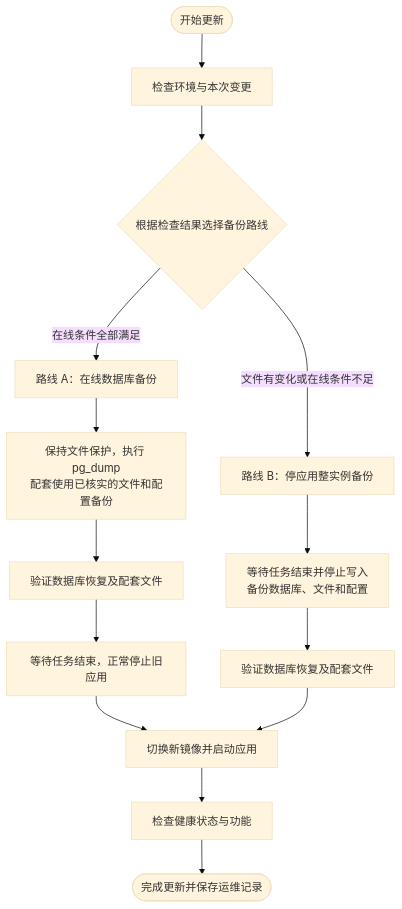
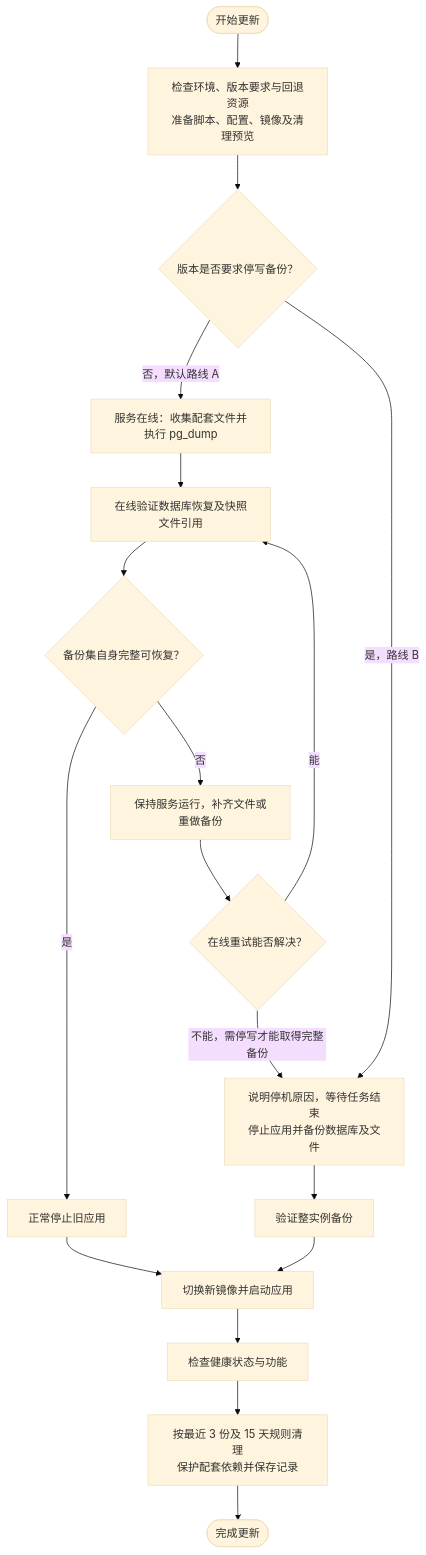
The diagram in doc/运维操作手册.md (shigella520/BubblePilot), drawn with Mermaid (base theme) before and after one commit. The commit also changed other lines of this file and 20 other files, not shown here.

````diff
--- a/doc/运维操作手册.md
+++ b/doc/运维操作手册.md
@@ -69,16 +72,20 @@
 ```mermaid
 flowchart TD
-    START([开始更新]) --> CHECK[检查环境与本次变更]
-    CHECK --> DECIDE{根据检查结果选择备份路线}
-    DECIDE -->|在线条件全部满足| A[路线 A：在线数据库备份]
-    DECIDE -->|文件有变化或在线条件不足| B[路线 B：停应用整实例备份]
-    A --> A_BACKUP[保持文件保护，执行 pg_dump<br/>配套使用已核实的文件和配置备份]
-    B --> B_BACKUP[等待任务结束并停止写入<br/>备份数据库、文件和配置]
-    A_BACKUP --> A_VERIFY[验证数据库恢复及配套文件]
-    B_BACKUP --> B_VERIFY[验证数据库恢复及配套文件]
-    A_VERIFY --> STOP[等待任务结束，正常停止旧应用]
-    STOP --> UPDATE[切换新镜像并启动应用]
-    B_VERIFY --> UPDATE
+    START([开始更新]) --> CHECK[检查环境、版本要求与回退资源<br/>准备脚本、配置、镜像及清理预览]
+    CHECK --> DECIDE{版本是否要求停写备份？}
+    DECIDE -->|否，默认路线 A| A[服务在线：收集配套文件并执行 pg_dump]
+    DECIDE -->|是，路线 B| B[说明停机原因，等待任务结束<br/>停止应用并备份数据库及文件]
+    A --> VERIFY[在线验证数据库恢复及快照文件引用]
+    VERIFY --> VALID{备份集自身完整可恢复？}
+    VALID -->|是| STOP[正常停止旧应用]
+    VALID -->|否| FIX[保持服务运行，补齐文件或重做备份]
+    FIX --> RETRY{在线重试能否解决？}
+    RETRY -->|能| VERIFY
+    RETRY -->|不能，需停写才能取得完整备份| B
+    B --> BV[验证整实例备份]
+    BV --> UPDATE[切换新镜像并启动应用]
+    STOP --> UPDATE
     UPDATE --> ACCEPT[检查健康状态与功能]
-    ACCEPT --> END([完成更新并保存运维记录])
+    ACCEPT --> CLEAN[按最近 3 份及 15 天规则清理<br/>保护配套依赖并保存记录]
+    CLEAN --> END([完成更新])
 ```
````
